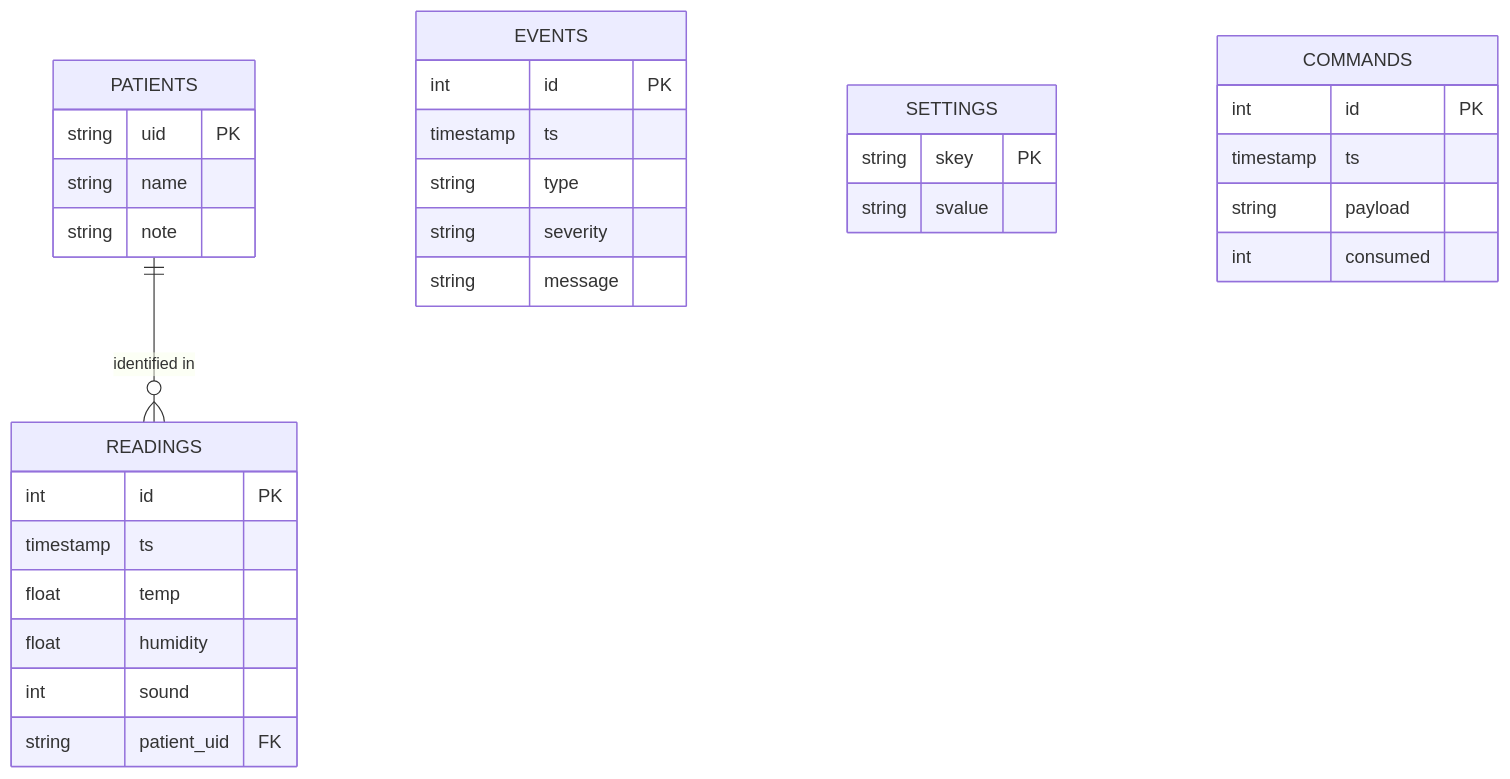
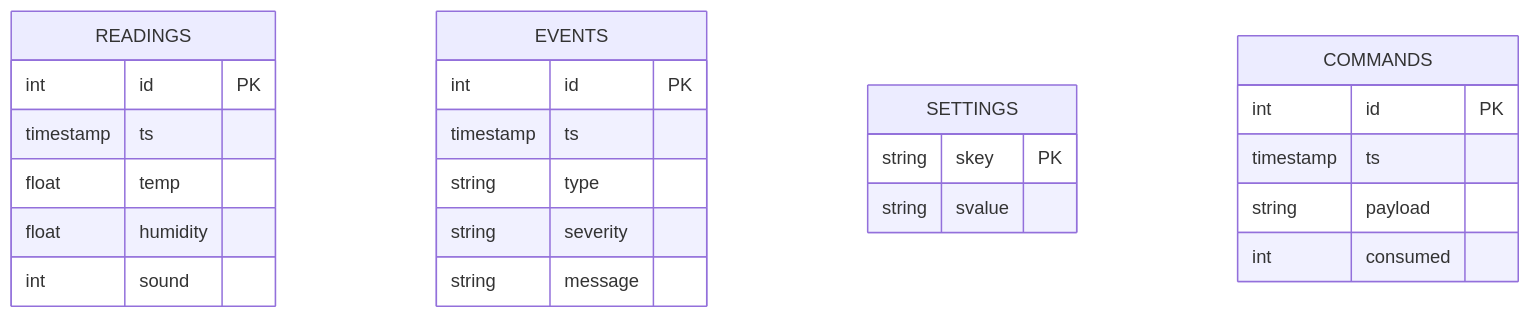
The sixth of 7 diagrams in docs/diagrams.md (Protein-17012006/IOT-HealthStation), drawn with Mermaid before and after one commit. The commit also changed other lines of this file and 14 other files, not shown here.

````diff
--- a/docs/diagrams.md
+++ b/docs/diagrams.md
@@ -237,34 +228,27 @@
 ```mermaid
 erDiagram
-  PATIENTS ||--o{ READINGS : "identified in"
   READINGS {
     int id PK
     timestamp ts
     float temp
     float humidity
     int sound
-    string patient_uid FK
   }
   EVENTS {
     int id PK
     timestamp ts
     string type
     string severity
     string message
   }
   SETTINGS {
     string skey PK
     string svalue
   }
-  PATIENTS {
-    string uid PK
-    string name
-    string note
-  }
   COMMANDS {
     int id PK
     timestamp ts
     string payload
     int consumed
   }
 ```
````
